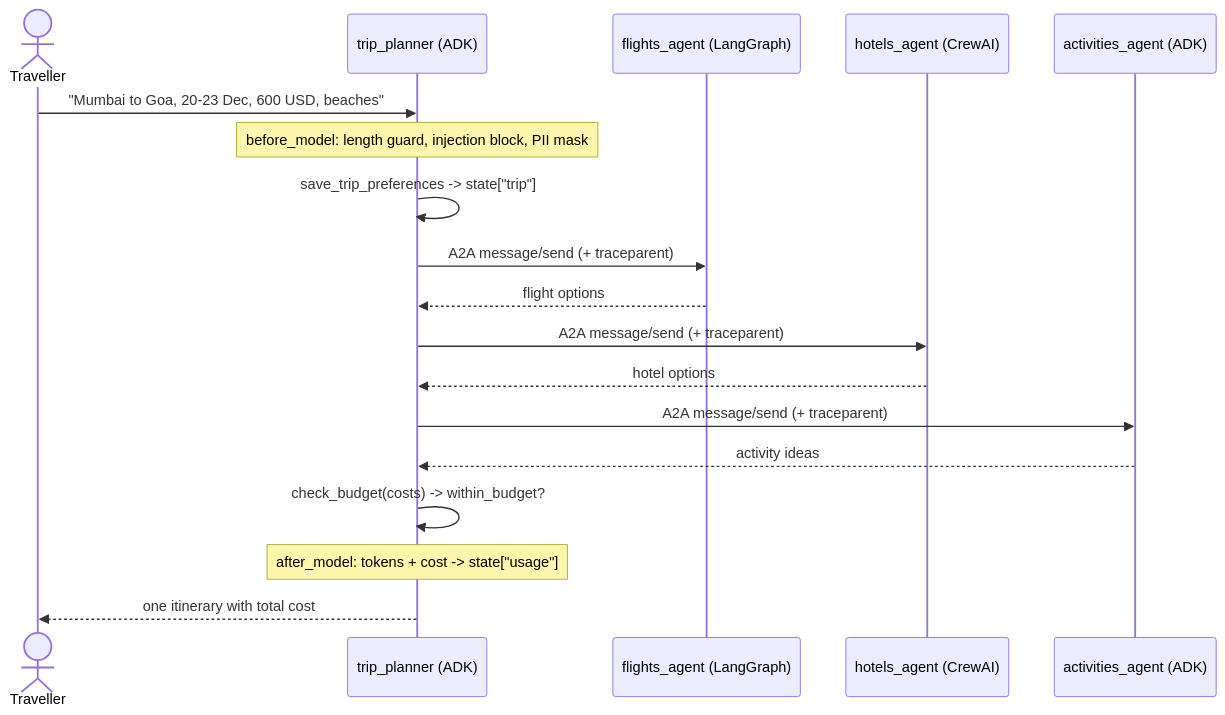
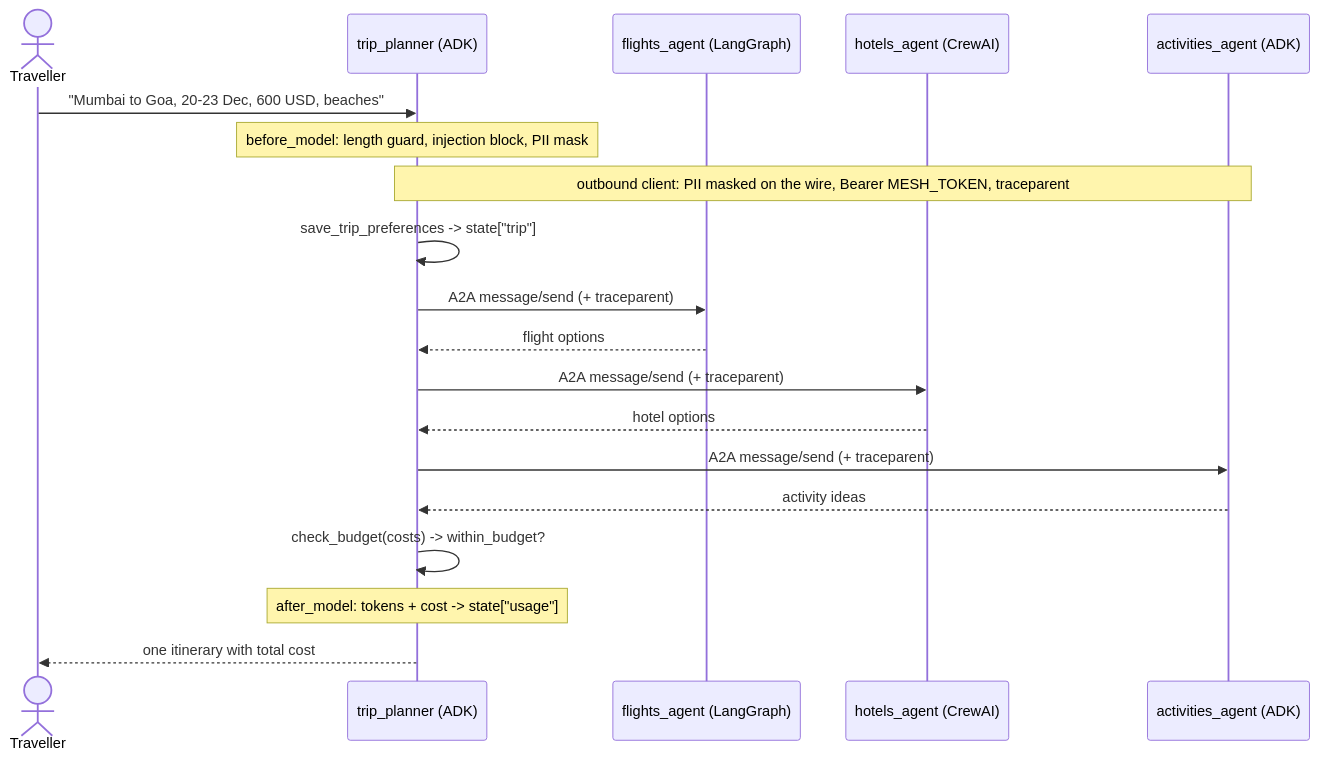
Before and after one commit to anshd15/a2a-agent-mesh: the diagram in docs/architecture.md, drawn with Mermaid. The commit also changed other lines of this file and 4 other files, not shown here.

First line of the commit message:
docs: security model, MESH_TOKEN deploy wiring and e2e eval layer

````diff
--- a/docs/architecture.md
+++ b/docs/architecture.md
@@ -5,21 +5,22 @@
 ```mermaid
 sequenceDiagram
   actor U as Traveller
   participant P as trip_planner (ADK)
   participant F as flights_agent (LangGraph)
   participant H as hotels_agent (CrewAI)
   participant A as activities_agent (ADK)
 
   U->>P: "Mumbai to Goa, 20-23 Dec, 600 USD, beaches"
   Note over P: before_model: length guard, injection block, PII mask
+  Note over P,A: outbound client: PII masked on the wire, Bearer MESH_TOKEN, traceparent
   P->>P: save_trip_preferences -> state["trip"]
   P->>F: A2A message/send (+ traceparent)
   F-->>P: flight options
   P->>H: A2A message/send (+ traceparent)
   H-->>P: hotel options
   P->>A: A2A message/send (+ traceparent)
   A-->>P: activity ideas
   P->>P: check_budget(costs) -> within_budget?
   Note over P: after_model: tokens + cost -> state["usage"]
   P-->>U: one itinerary with total cost
 ```
````
